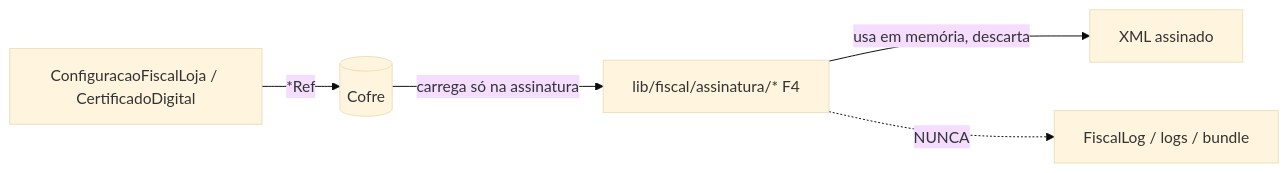
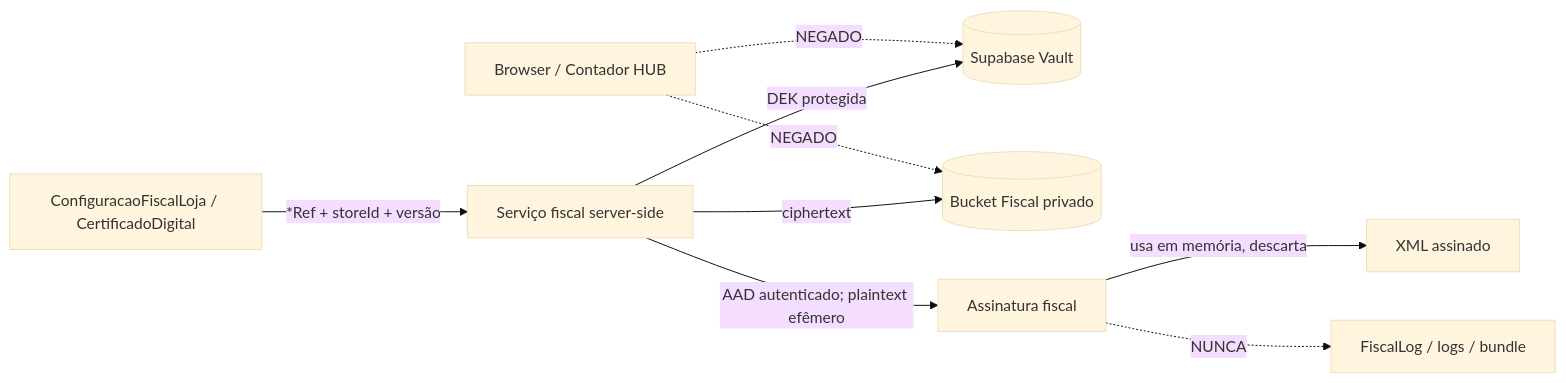
The second of 2 diagrams in docs/architecture/FISCAL_SECURITY.md (rafaelfaria49-png/omni-gestao-pro-pdv-claude), drawn with Mermaid (base theme) before and after one commit. The commit also changed other lines of this file and 9 other files, not shown here.

````diff
--- a/docs/architecture/FISCAL_SECURITY.md
+++ b/docs/architecture/FISCAL_SECURITY.md
@@ -105,7 +131,11 @@
 ```mermaid
 graph LR
-  Cfg[ConfiguracaoFiscalLoja / CertificadoDigital] -->|*Ref| Cofre[(Cofre)]
-  Cofre -->|carrega só na assinatura| Sign[lib/fiscal/assinatura/* F4]
+  Cfg[ConfiguracaoFiscalLoja / CertificadoDigital] -->|*Ref + storeId + versão| Svc[Serviço fiscal server-side]
+  Svc -->|DEK protegida| Vault[(Supabase Vault)]
+  Svc -->|ciphertext| Bucket[(Bucket Fiscal privado)]
+  Svc -->|AAD autenticado; plaintext efêmero| Sign[Assinatura fiscal]
   Sign -->|usa em memória, descarta| XML[XML assinado]
   Sign -.NUNCA.-> Log[FiscalLog / logs / bundle]
+  Browser[Browser / Contador HUB] -.NEGADO.-> Vault
+  Browser -.NEGADO.-> Bucket
 ```
````
